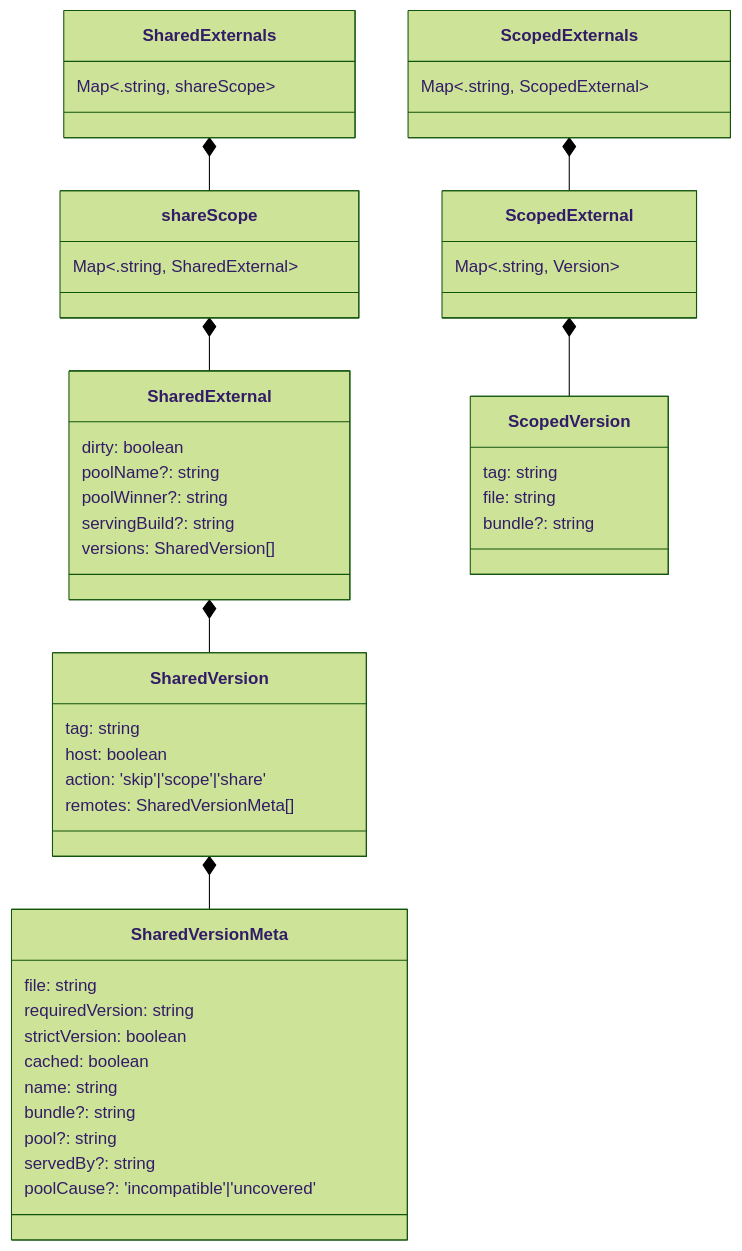
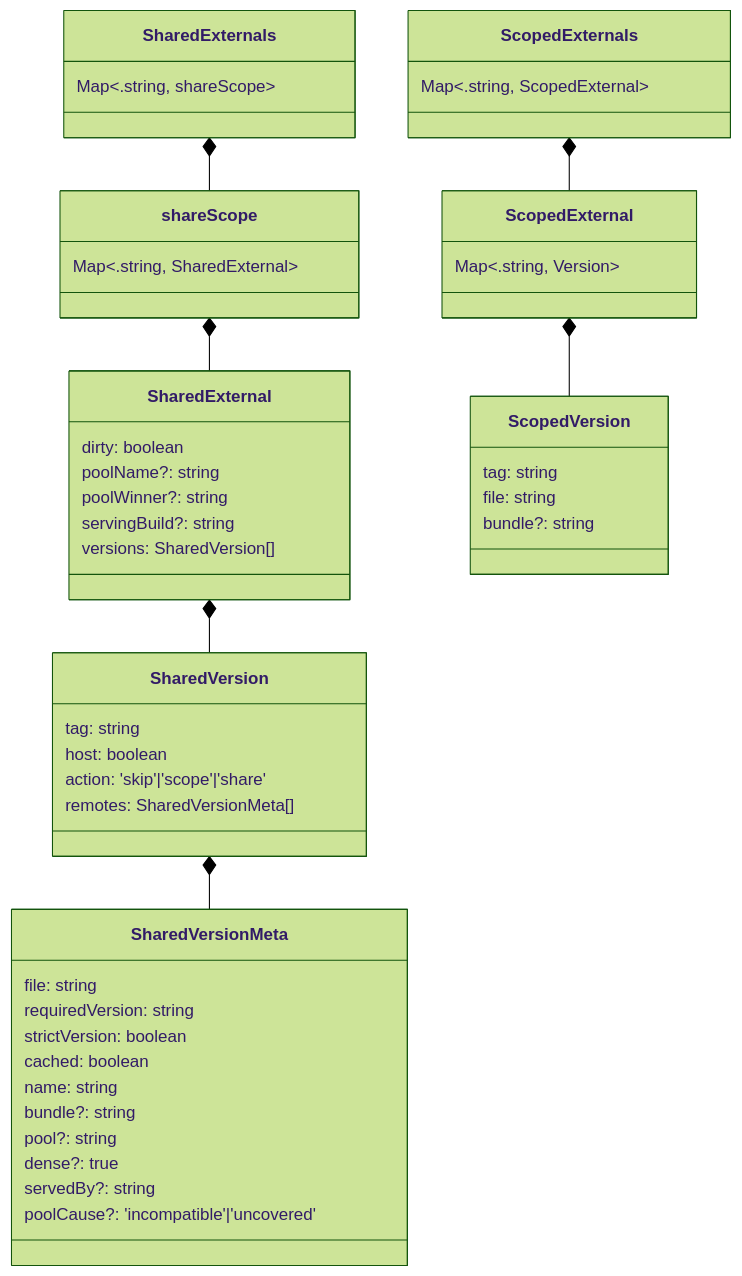
One commit to native-federation/orchestrator changed the fifth of 5 diagrams in docs/architecture.md. Above: the diagram before and after it, drawn with Mermaid (forest theme). The commit also changed 2 other files, not shown here.

Commit message:
docs: Say when a dense library deeper than its npm name is its own package

````diff
--- a/docs/architecture.md
+++ b/docs/architecture.md
@@ -311,51 +311,52 @@
 ```mermaid
 classDiagram
     SharedExternals *-- shareScope
     shareScope *-- SharedExternal
     SharedExternal *-- SharedVersion
     SharedVersion *-- SharedVersionMeta
     ScopedExternals *-- ScopedExternal
     ScopedExternal *-- ScopedVersion
 
     class SharedExternals {
         Map<.string, shareScope>
     }
     class shareScope {
         Map<.string, SharedExternal>
     }
     class SharedExternal {
         dirty: boolean
         poolName?: string
         poolWinner?: string
         servingBuild?: string
         versions: SharedVersion[]
     }
     class SharedVersion{
         tag: string
         host: boolean
         action: 'skip'|'scope'|'share'
         remotes: SharedVersionMeta[]
     }
     class SharedVersionMeta{
         file: string
         requiredVersion: string
         strictVersion: boolean
         cached: boolean
         name: string
         bundle?: string
         pool?: string
+        dense?: true
         servedBy?: string
         poolCause?: 'incompatible'|'uncovered'
     }
     class ScopedExternals {
         Map<.string, ScopedExternal>
     }
     class ScopedExternal {
         Map<.string, Version>
     }
     class ScopedVersion{
         tag: string
         file: string
         bundle?: string
     }
 ```
````
